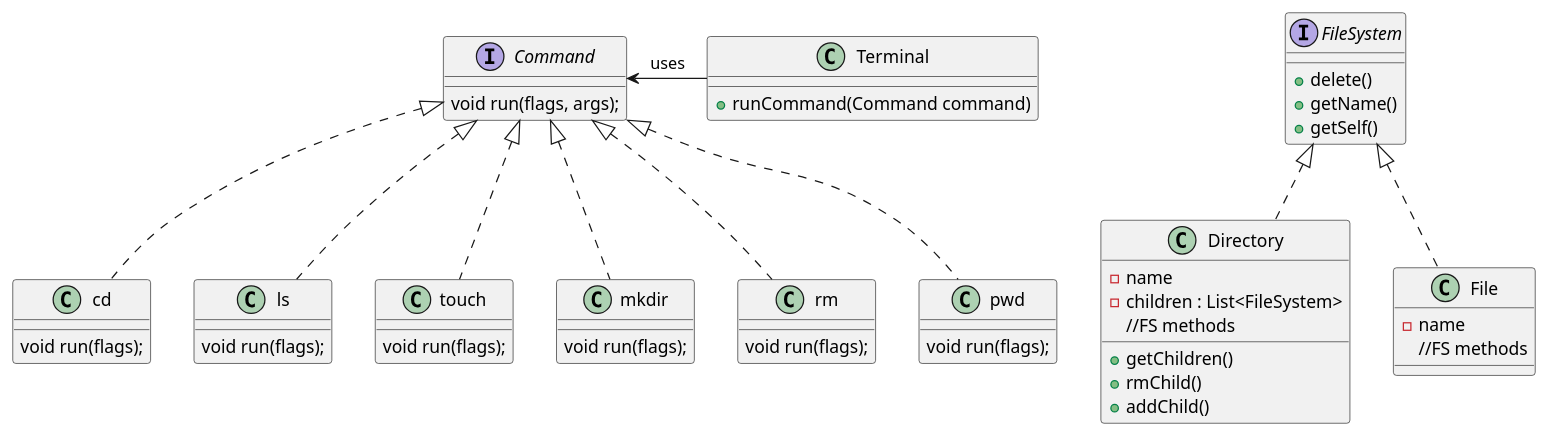
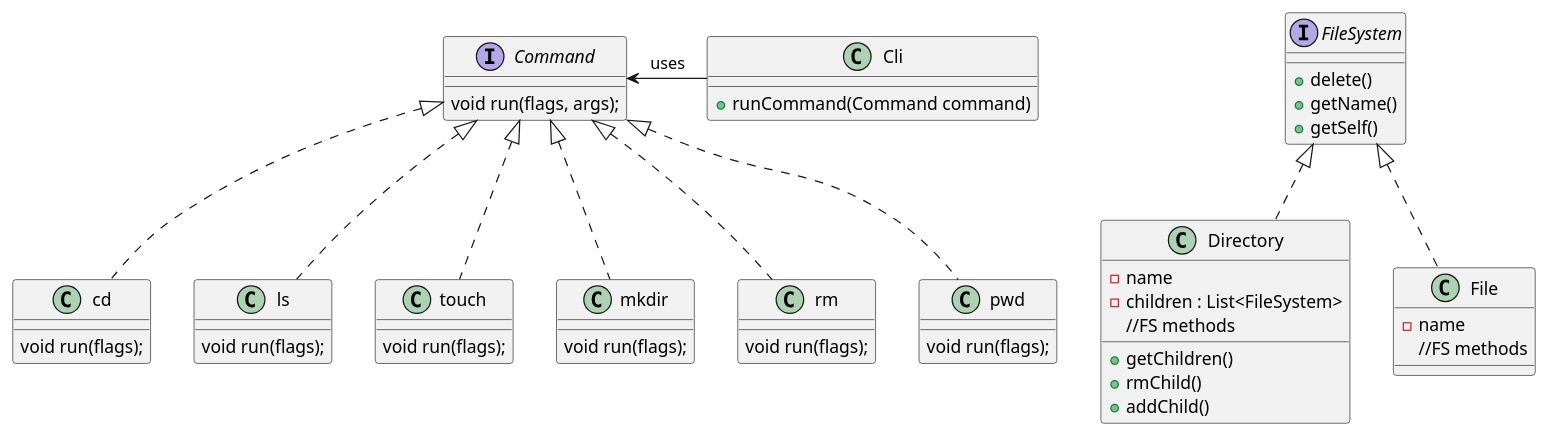
The diagram in diagrams/Clifford.puml (austral-ingsis-classroom/clifford-AAgustin9), drawn with PlantUML before and after one commit. The commit also changed 3 other files, not shown here.

```diff
--- a/diagrams/Clifford.puml
+++ b/diagrams/Clifford.puml
@@ -1,55 +1,55 @@
 @startuml Clifford
 
 interface FileSystem {
     + delete()
     + getName()
     + getSelf()
 }
 
 class Directory implements FileSystem {
     - name
     - children : List<FileSystem>
     //FS methods
     + getChildren()
     + rmChild()
     + addChild()
 
     }
 class File implements FileSystem {
     - name
     //FS methods
     }
 
 interface Command {
     void run(flags, args);
 }
 class cd implements Command {
     void run(flags);
 }
 class ls implements Command {
     void run(flags);
 }
 class touch implements Command {
     void run(flags);
 }
 class mkdir implements Command {
     void run(flags);
 }
 class rm implements Command {
     void run(flags);
 }
 class pwd implements Command {
     void run(flags);
 }
-class Terminal {
+class Cli {
     + runCommand(Command command)
 }
 
-Command <- Terminal : uses
+Command <- Cli : uses
 
 
 
 
 
 
 @enduml
```
